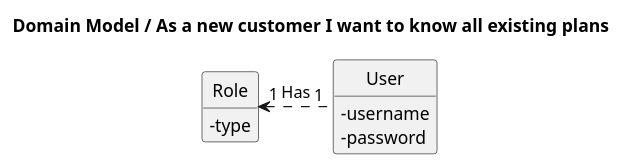
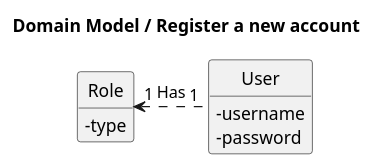
The diagram in docs_sidis/Users/US02/MD.puml (IsepMartimOliveira/SIDIS), drawn with PlantUML before and after one commit. The commit also changed 5 other files, not shown here.

```diff
--- a/docs_sidis/Users/US02/MD.puml
+++ b/docs_sidis/Users/US02/MD.puml
@@ -1,24 +1,24 @@
 @startuml
 'https://plantuml.com/sequence-diagram
 
-title Domain Model / As a new customer I want to know all existing plans
+title Domain Model / Register a new account
 
 skinparam classAttributeIconSize 0
 hide circle
 hide methods
 
 class User{
     -username
     -password
 
 }
 
 
 class Role{
     -type
 }
 
 
 Role "1" <.right. "1" User: Has
 
 @enduml
```
